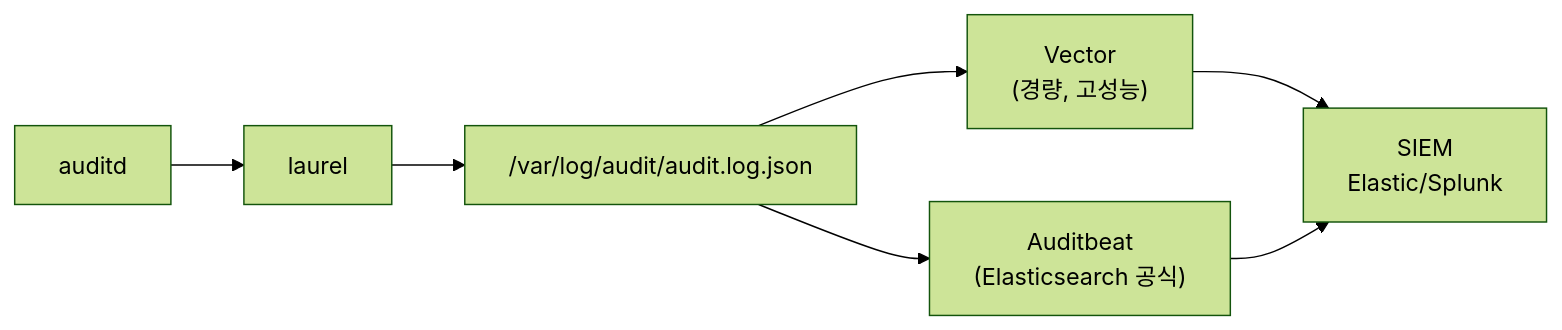
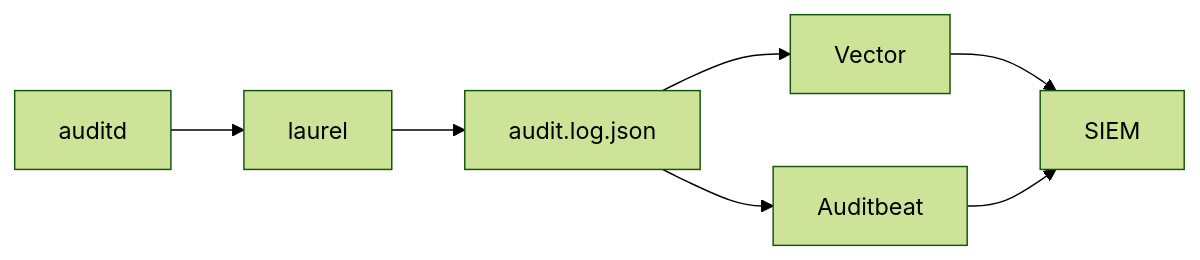
The fourth of 4 diagrams in content/linux/linux-security/auditd.md (moonblueblue/devops-wiki), drawn with Mermaid (forest theme) before and after one commit. The commit also changed other lines of this file and 37 other files, not shown here.

First line of the commit message:
style: linux 카테고리 ASCII 도표·Mermaid 라벨 형식 교정

````diff
--- a/content/linux/linux-security/auditd.md
+++ b/content/linux/linux-security/auditd.md
@@ -1004,9 +1023,9 @@
 ```mermaid
 graph LR
     AUDITD["auditd"] --> LAUREL["laurel"]
-    LAUREL --> LOG["/var/log/audit/audit.log.json"]
-    LOG --> VECTOR["Vector<br/>(경량, 고성능)"]
-    LOG --> AUDITBEAT["Auditbeat<br/>(Elasticsearch 공식)"]
-    VECTOR --> SIEM["SIEM\nElastic/Splunk"]
+    LAUREL --> LOG["audit.log.json"]
+    LOG --> VECTOR["Vector"]
+    LOG --> AUDITBEAT["Auditbeat"]
+    VECTOR --> SIEM["SIEM"]
     AUDITBEAT --> SIEM
 ```
````
